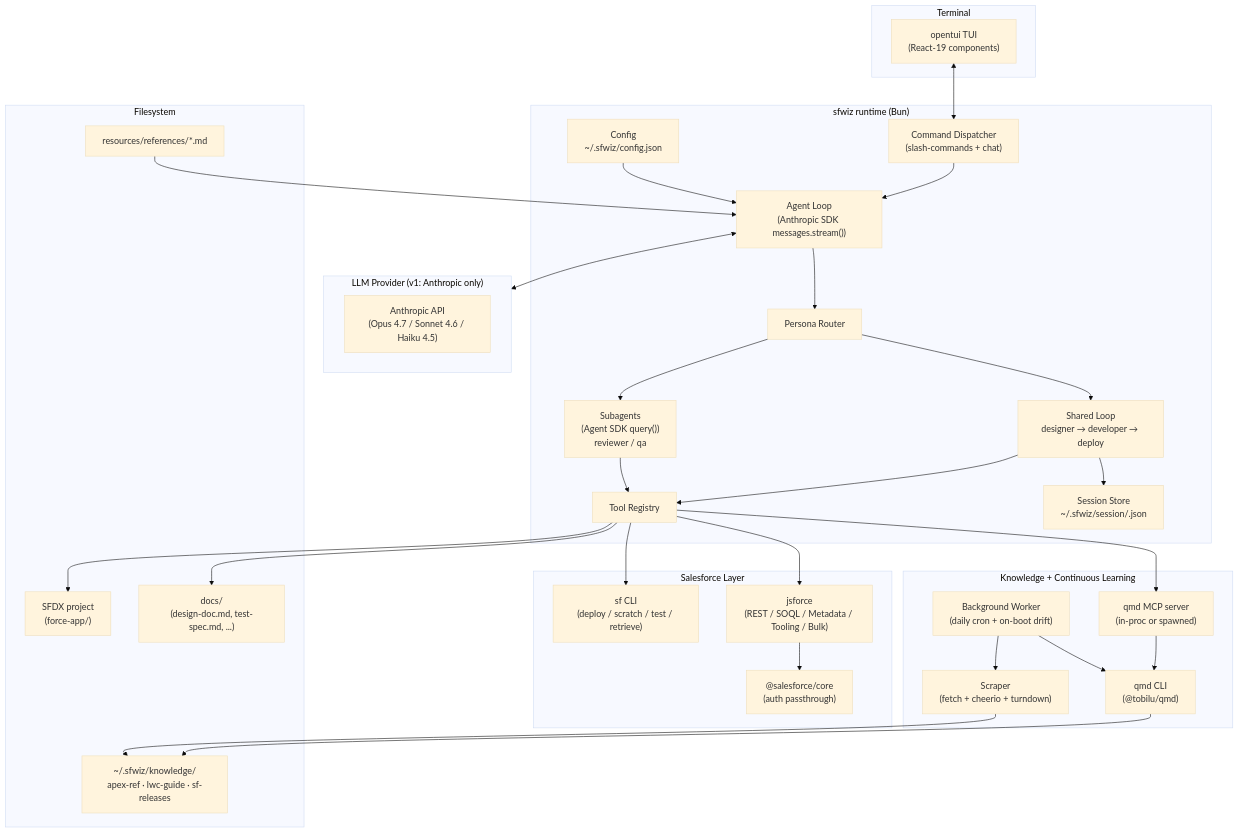
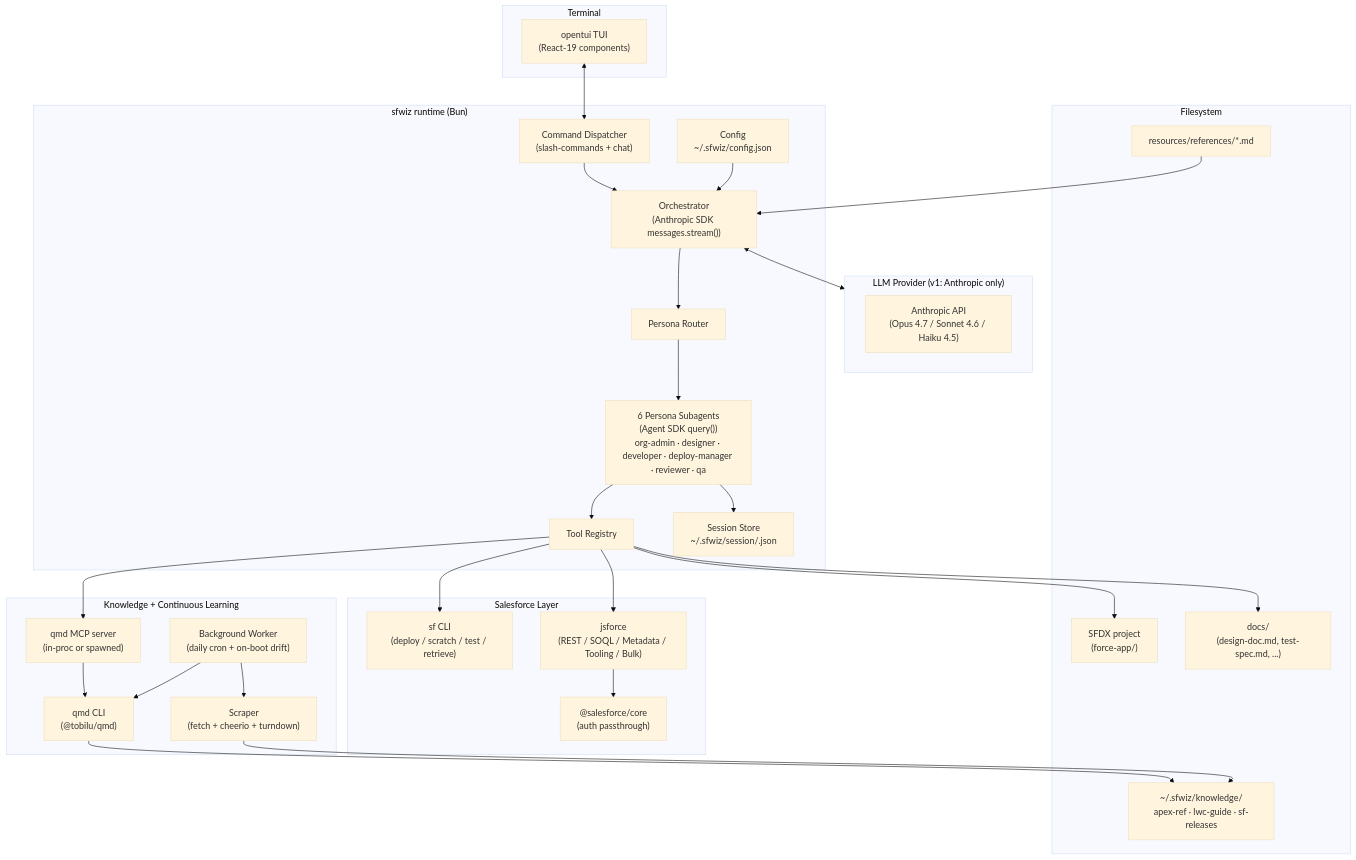
One commit to arufian/sfwiz changed the first of 2 diagrams in .claude/plan/phase-2-planning.md. Above: the diagram before and after it, drawn with Mermaid (base theme). The commit also changed other lines of this file and 23 other files, not shown here.

````diff
--- a/.claude/plan/phase-2-planning.md
+++ b/.claude/plan/phase-2-planning.md
@@ -9,64 +11,61 @@
 ```mermaid
 flowchart TB
   subgraph User["Terminal"]
     TUI["opentui TUI<br/>(React-19 components)"]
   end
 
   subgraph Runtime["sfwiz runtime (Bun)"]
     Dispatcher["Command Dispatcher<br/>(slash-commands + chat)"]
-    AgentLoop["Agent Loop<br/>(Anthropic SDK messages.stream())"]
+    AgentLoop["Orchestrator<br/>(Anthropic SDK messages.stream())"]
     Router["Persona Router"]
-    SharedLoop["Shared Loop<br/>designer → developer → deploy"]
-    IsoLoop["Subagents<br/>(Agent SDK query())<br/>reviewer / qa"]
+    Personas["6 Persona Subagents<br/>(Agent SDK query())<br/>org-admin · designer · developer · deploy-manager · reviewer · qa"]
     ToolReg["Tool Registry"]
     Session["Session Store<br/>~/.sfwiz/session/<id>.json"]
     Config["Config<br/>~/.sfwiz/config.json"]
   end
 
   subgraph Providers["LLM Provider (v1: Anthropic only)"]
     Anthropic["Anthropic API<br/>(Opus 4.7 / Sonnet 4.6 / Haiku 4.5)"]
   end
 
   subgraph SFLayer["Salesforce Layer"]
     SFCLI["sf CLI<br/>(deploy / scratch / test / retrieve)"]
     JSForce["jsforce<br/>(REST / SOQL / Metadata / Tooling / Bulk)"]
     SFCore["@salesforce/core<br/>(auth passthrough)"]
   end
 
   subgraph FS["Filesystem"]
     Project["SFDX project<br/>(force-app/)"]
     Docs["docs/<br/>(design-doc.md, test-spec.md, ...)"]
     Refs["resources/references/*.md"]
     Knowledge["~/.sfwiz/knowledge/<br/>apex-ref · lwc-guide · sf-releases"]
   end
 
   subgraph Learn["Knowledge + Continuous Learning"]
     QMD["qmd CLI<br/>(@tobilu/qmd)"]
     QMDmcp["qmd MCP server<br/>(in-proc or spawned)"]
     Scraper["Scraper<br/>(fetch + cheerio + turndown)"]
     LearnWorker["Background Worker<br/>(daily cron + on-boot drift)"]
   end
 
   TUI <--> Dispatcher
   Dispatcher --> AgentLoop
   AgentLoop --> Router
-  Router --> SharedLoop
-  Router --> IsoLoop
-  SharedLoop --> ToolReg
-  IsoLoop --> ToolReg
+  Router --> Personas
+  Personas --> ToolReg
   AgentLoop <--> Providers
   ToolReg --> SFCLI
   ToolReg --> JSForce
   JSForce --> SFCore
   ToolReg --> Project
   ToolReg --> Docs
   ToolReg --> QMDmcp
-  SharedLoop --> Session
+  Personas --> Session
   Config --> AgentLoop
   Refs --> AgentLoop
   QMDmcp --> QMD
   QMD --> Knowledge
   LearnWorker --> Scraper
   Scraper --> Knowledge
   LearnWorker --> QMD
 ```
````
